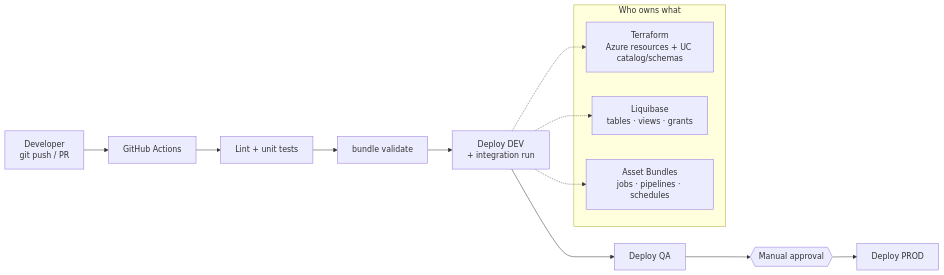
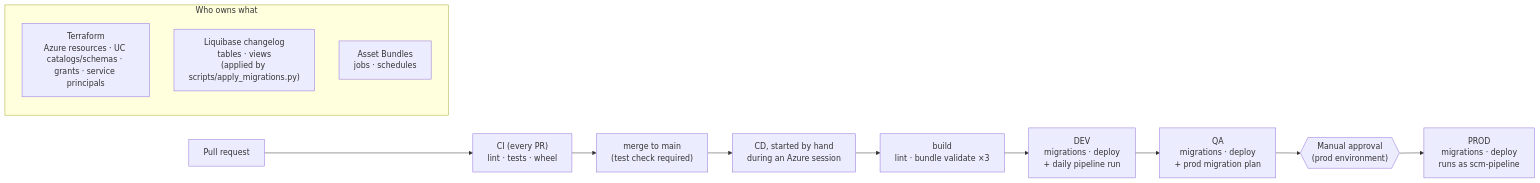
Before and after one commit to Jigar-Jk/supply_chain_management_end-to-end_pipeline: the fourth of 4 diagrams in docs/architecture.md, drawn with Mermaid. The commit also changed other lines of this file and 14 other files, not shown here.

````diff
--- a/docs/architecture.md
+++ b/docs/architecture.md
@@ -165,13 +165,14 @@
 ```mermaid
 flowchart LR
-  DEV["Developer<br/>git push / PR"] --> GHA["GitHub Actions"]
-  GHA --> L["Lint + unit tests"] --> V["bundle validate"] --> D1["Deploy DEV<br/>+ integration run"]
-  D1 --> D2["Deploy QA"] --> APP{{"Manual approval"}} --> D3["Deploy PROD"]
+  PR["Pull request"] --> CI["CI (every PR)<br/>lint · tests · wheel"] --> MAIN["merge to main<br/>(test check required)"]
+  MAIN --> RUN["CD, started by hand<br/>during an Azure session"]
+  RUN --> B["build<br/>lint · bundle validate ×3"] --> D1["DEV<br/>migrations · deploy<br/>+ daily pipeline run"]
+  D1 --> D2["QA<br/>migrations · deploy<br/>+ prod migration plan"] --> APP{{"Manual approval<br/>(prod environment)"}}
+  APP --> D3["PROD<br/>migrations · deploy<br/>runs as scm-pipeline"]
 
   subgraph OWN["Who owns what"]
-    TF["Terraform<br/>Azure resources + UC catalog/schemas"]
-    LB["Liquibase<br/>tables · views · grants"]
-    DAB["Asset Bundles<br/>jobs · pipelines · schedules"]
+    TF["Terraform<br/>Azure resources · UC catalogs/schemas · grants · service principals"]
+    LB["Liquibase changelog<br/>tables · views<br/>(applied by scripts/apply_migrations.py)"]
+    DAB["Asset Bundles<br/>jobs · schedules"]
   end
-  D1 -.-> TF & LB & DAB
 ```
````
